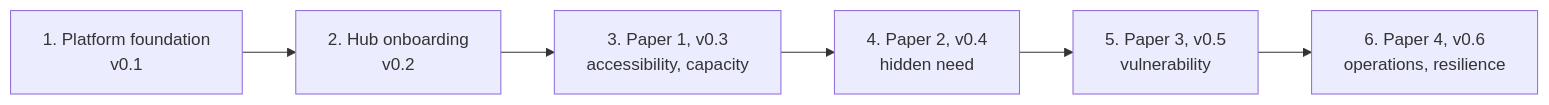
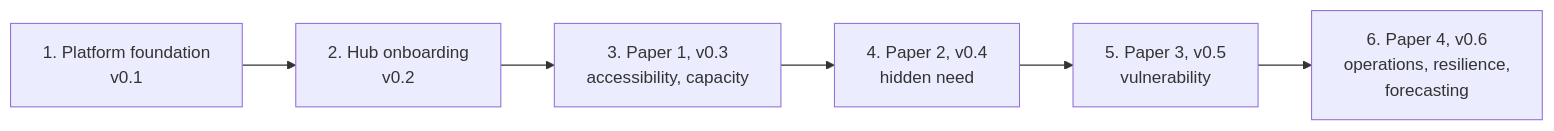
The diagram in docs/roadmap.md (SolidarityNode/snode), drawn with Mermaid before and after one commit. The commit also changed other lines of this file and 7 other files, not shown here.

Commit message:
docs: roadmap says Paper 4 includes forecasting; counts, glossary, changelog

````diff
--- a/docs/roadmap.md
+++ b/docs/roadmap.md
@@ -5,8 +5,8 @@
 ```mermaid
 flowchart LR
     F["1. Platform foundation<br/>v0.1"] --> H["2. Hub onboarding<br/>v0.2"]
     H --> P1["3. Paper 1, v0.3<br/>accessibility, capacity"]
     P1 --> P2["4. Paper 2, v0.4<br/>hidden need"]
     P2 --> P3["5. Paper 3, v0.5<br/>vulnerability"]
-    P3 --> P4["6. Paper 4, v0.6<br/>operations, resilience"]
+    P3 --> P4["6. Paper 4, v0.6<br/>operations, resilience,<br/>forecasting"]
 ```
````
